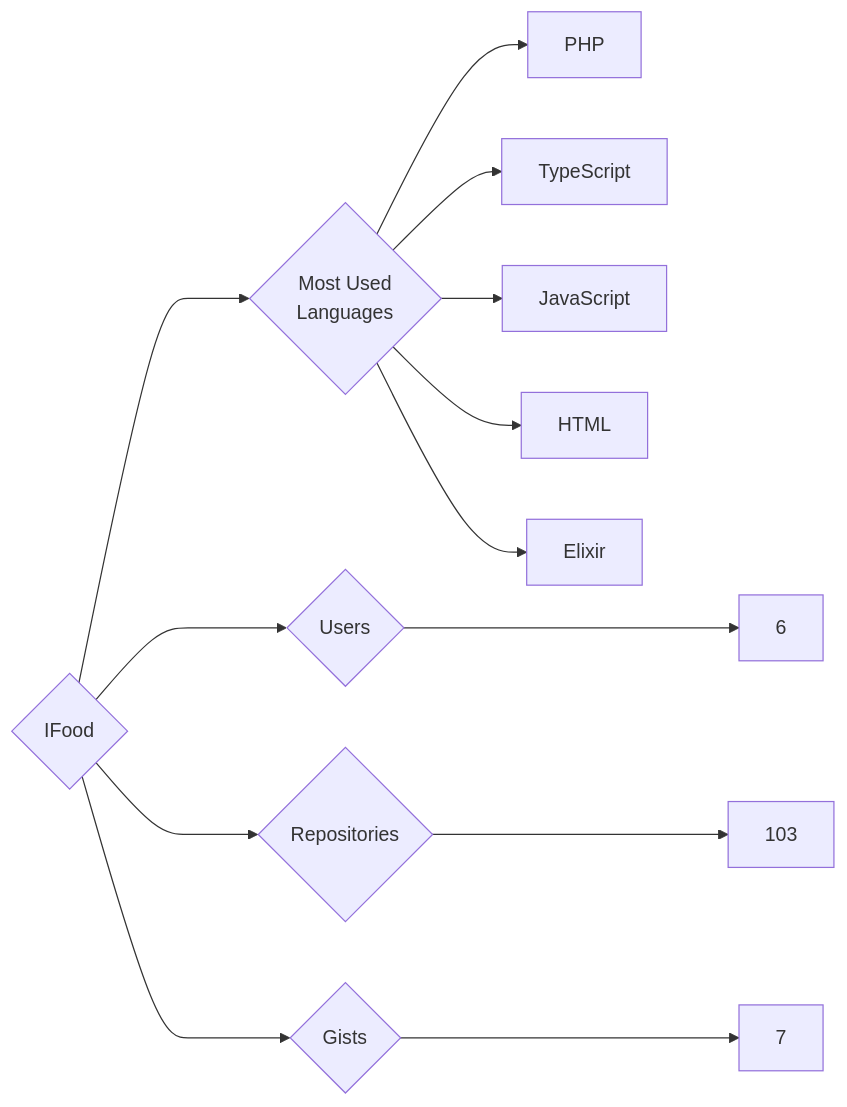
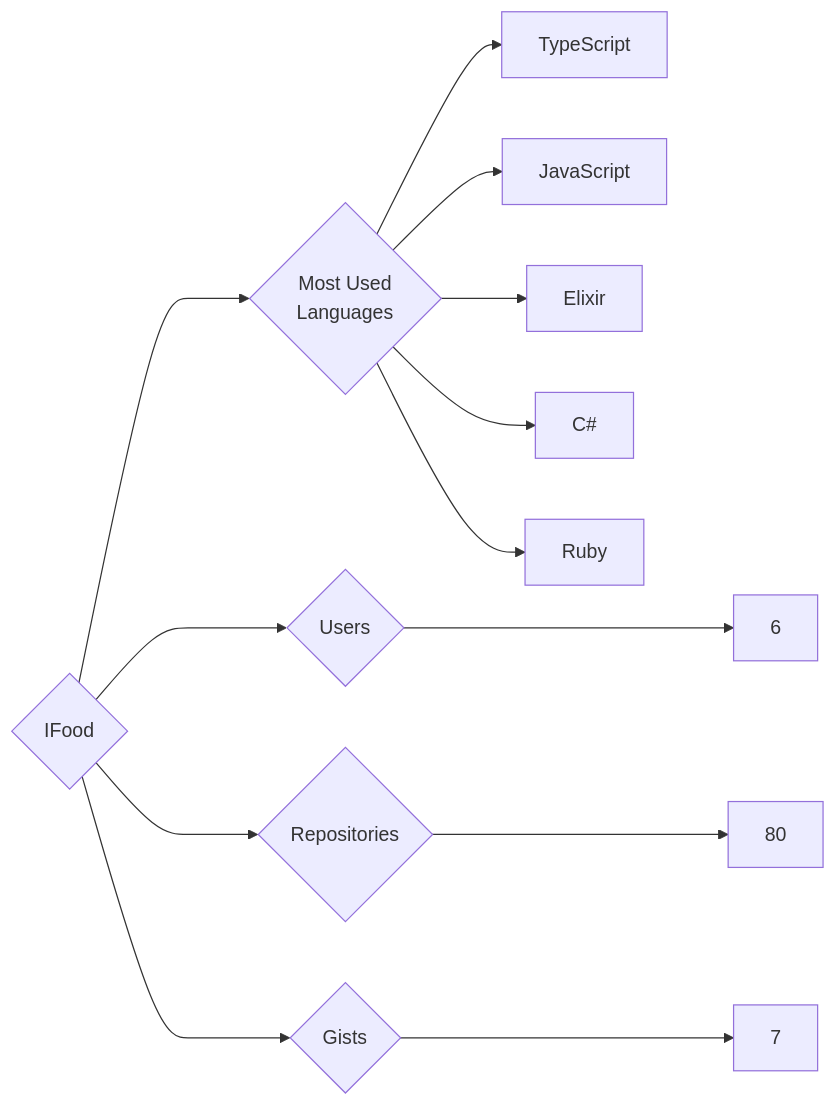
One commit to trickest/insiders changed the diagram in targets/IFood/README.md. Above: the diagram before and after it, drawn with Mermaid. The commit also changed 1023 other files, not shown here.

````diff
--- a/targets/IFood/README.md
+++ b/targets/IFood/README.md
@@ -3,13 +3,13 @@
 ```mermaid
 graph LR
 COMPANY_NAME{IFood}
 COMPANY_NAME ---> U{Users} ---> UN[6]
-COMPANY_NAME ---> R{Repositories} ---> RN[103]
+COMPANY_NAME ---> R{Repositories} ---> RN[80]
 COMPANY_NAME ---> G{Gists} ---> GN[7]
 COMPANY_NAME ---> ML{Most Used<br>Languages}
-ML --> PHP[PHP]
 ML --> TypeScript[TypeScript]
 ML --> JavaScript[JavaScript]
-ML --> HTML[HTML]
 ML --> Elixir[Elixir]
+ML --> C#[C#]
+ML --> Ruby[Ruby]
 ```
````
